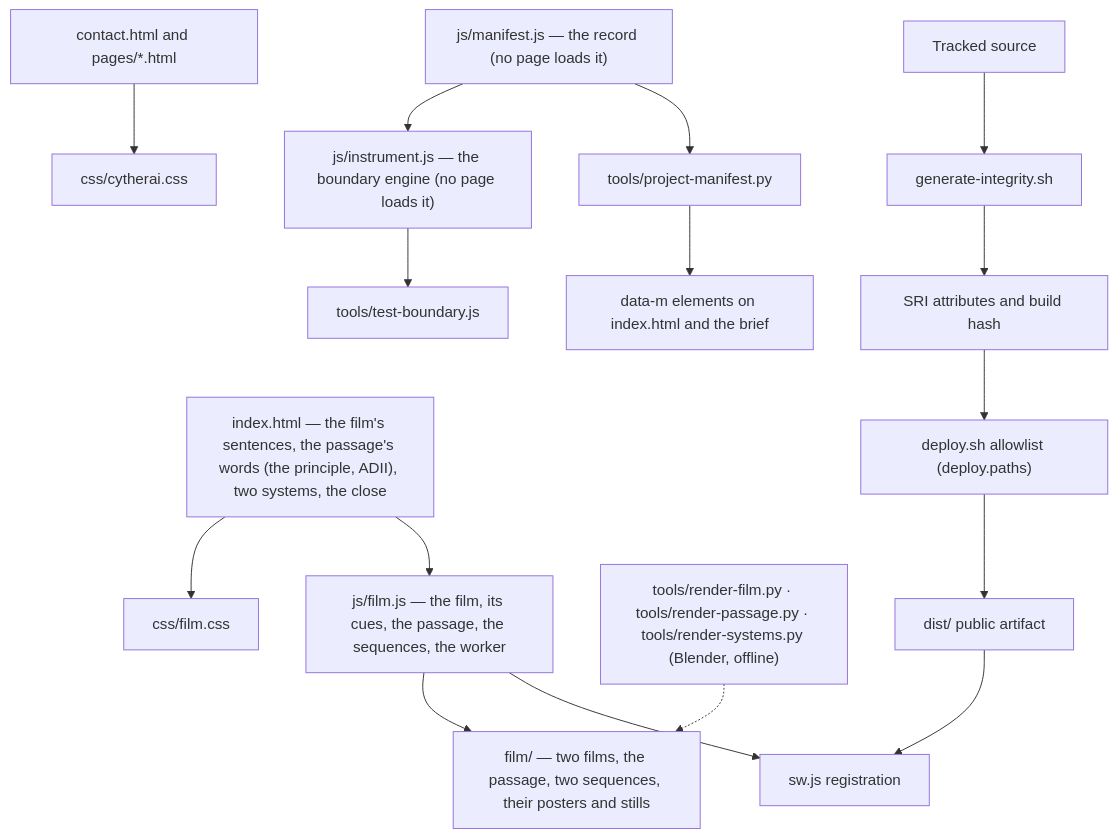
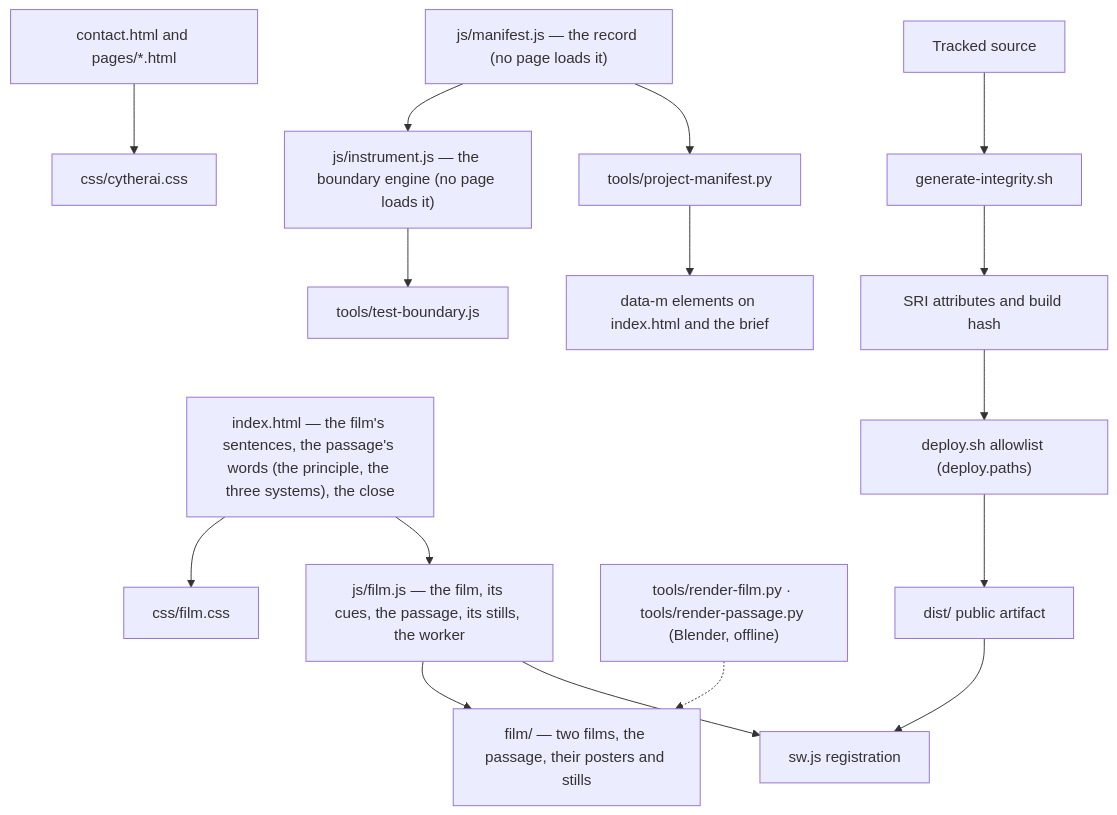
One commit to AethersDev/CytherAI changed the diagram in docs/architecture.md. Above: the diagram before and after it, drawn with Mermaid. The commit also changed other lines of this file and 45 other files, not shown here.

````diff
--- a/docs/architecture.md
+++ b/docs/architecture.md
@@ -23,21 +22,21 @@
 ```mermaid
 flowchart TD
-  I["index.html — the film's sentences, the passage's words (the principle, ADII), two systems, the close"] --> CSS2["css/film.css"]
-  I --> F["js/film.js — the film, its cues, the passage, the sequences, the worker"]
-  F --> MED["film/ — two films, the passage, two sequences, their posters and stills"]
+  I["index.html — the film's sentences, the passage's words (the principle, the three systems), the close"] --> CSS2["css/film.css"]
+  I --> F["js/film.js — the film, its cues, the passage, its stills, the worker"]
+  F --> MED["film/ — two films, the passage, their posters and stills"]
   F --> SW["sw.js registration"]
-  RF["tools/render-film.py · tools/render-passage.py · tools/render-systems.py (Blender, offline)"] -.-> MED
+  RF["tools/render-film.py · tools/render-passage.py (Blender, offline)"] -.-> MED
 
   P["contact.html and pages/*.html"] --> CSS["css/cytherai.css"]
 
   M["js/manifest.js — the record (no page loads it)"] --> B["js/instrument.js — the boundary engine (no page loads it)"]
   B --> TB["tools/test-boundary.js"]
 
   SRC["Tracked source"] --> SRI["generate-integrity.sh"]
   SRI --> ID["SRI attributes and build hash"]
   ID --> DEP["deploy.sh allowlist (deploy.paths)"]
   DEP --> DIST["dist/ public artifact"]
   DIST --> SW
 
   M --> PM["tools/project-manifest.py"] --> DM["data-m elements on index.html and the brief"]
 ```
````
